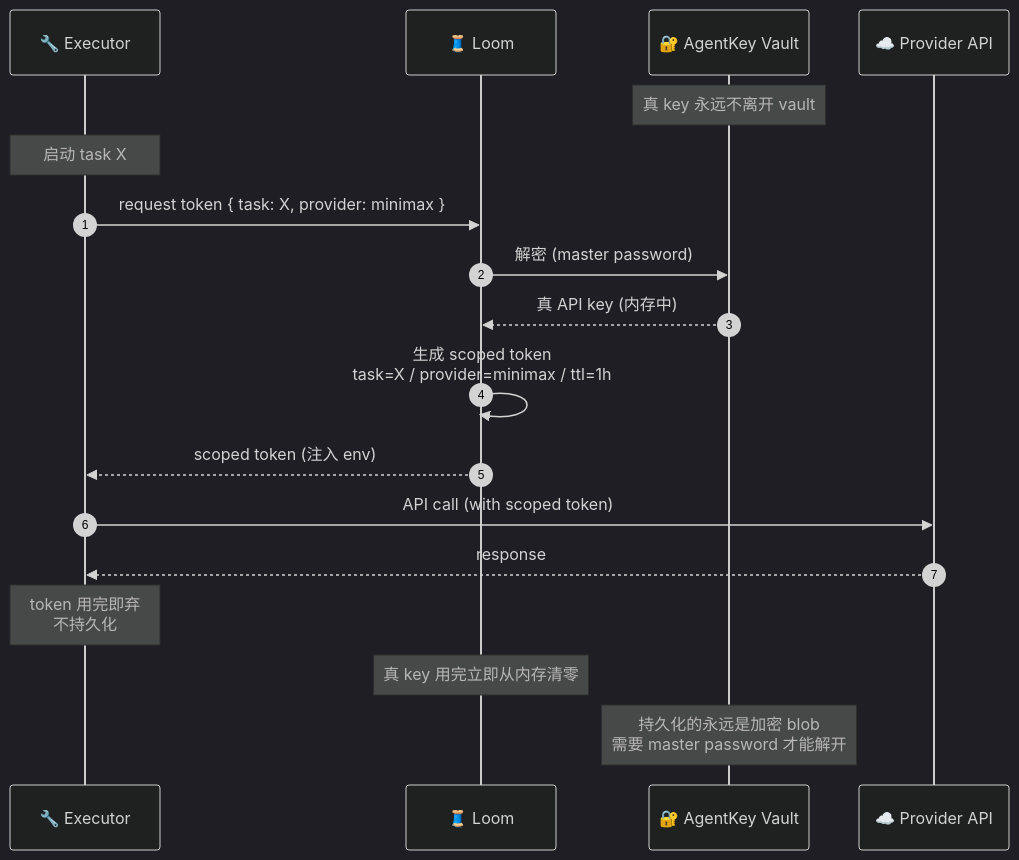
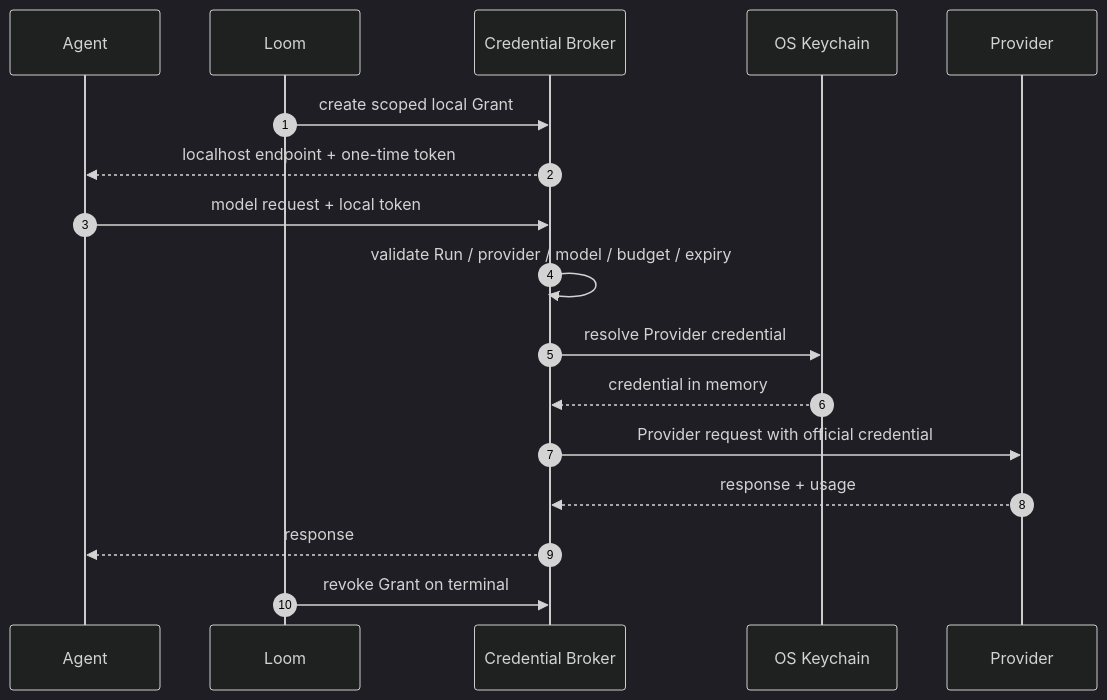
The ninth of 12 diagrams in docs/ARCHITECTURE.md (tttboy123/loom), drawn with Mermaid (dark theme) before and after one commit. The commit also changed other lines of this file and 17 other files, not shown here.

Commit message:
docs: define loom platform architecture

````diff
--- a/docs/ARCHITECTURE.md
+++ b/docs/ARCHITECTURE.md
@@ -232,25 +284,20 @@
 ```mermaid
 sequenceDiagram
     autonumber
-    participant E as 🔧 Executor
-    participant L as 🧵 Loom
-    participant V as 🔐 AgentKey Vault
-    participant P as ☁️ Provider API
-    
-    Note over V: 真 key 永远不离开 vault
-    Note over E: 启动 task X
-    
-    E->>L: request token { task: X, provider: minimax }
-    L->>V: 解密 (master password)
-    V-->>L: 真 API key (内存中)
-    L->>L: 生成 scoped token<br/>task=X / provider=minimax / ttl=1h
-    L-->>E: scoped token (注入 env)
-    
-    E->>P: API call (with scoped token)
-    P-->>E: response
-    
-    Note over E: token 用完即弃<br/>不持久化
-    Note over L: 真 key 用完立即从内存清零
-    
-    Note over V: 持久化的永远是加密 blob<br/>需要 master password 才能解开
+    participant A as Agent
+    participant L as Loom
+    participant B as Credential Broker
+    participant K as OS Keychain
+    participant P as Provider
+
+    L->>B: create scoped local Grant
+    B-->>A: localhost endpoint + one-time token
+    A->>B: model request + local token
+    B->>B: validate Run / provider / model / budget / expiry
+    B->>K: resolve Provider credential
+    K-->>B: credential in memory
+    B->>P: Provider request with official credential
+    P-->>B: response + usage
+    B-->>A: response
+    L->>B: revoke Grant on terminal
 ```
````
